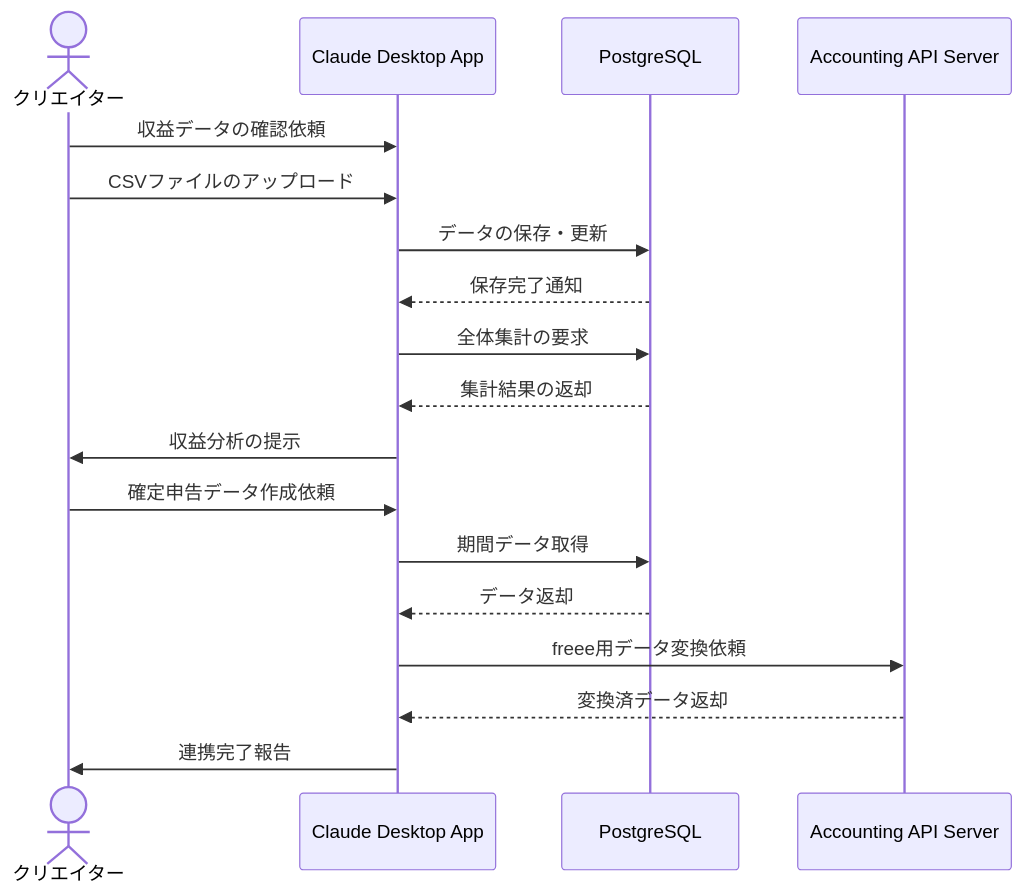
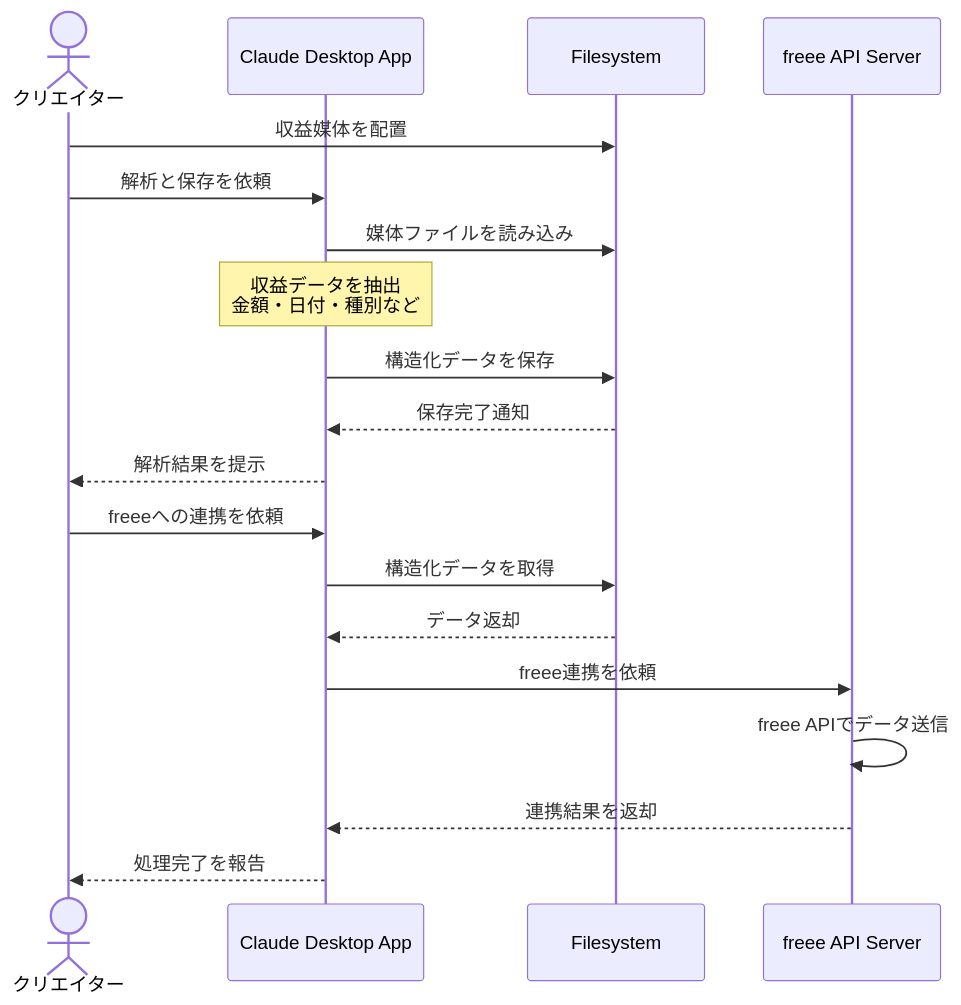
The diagram in docs/05_SNS発信/複数媒体の収益を一元管理する.md (po-shu/mcp-100-ideas), drawn with Mermaid before and after one commit. The commit also changed other lines of this file and 3 other files, not shown here.

````diff
--- a/docs/05_SNS発信/複数媒体の収益を一元管理する.md
+++ b/docs/05_SNS発信/複数媒体の収益を一元管理する.md
@@ -17,23 +17,23 @@
 ```mermaid
 sequenceDiagram
     actor User as クリエイター
     participant Claude as Claude Desktop App
-    participant DB as PostgreSQL
-    participant Account as Accounting API Server
+    participant FS as Filesystem
+    participant Account as freee API Server
     
-    User->>Claude: 収益データの確認依頼
-    User->>Claude: CSVファイルのアップロード
-    Claude->>DB: データの保存・更新
-    DB-->>Claude: 保存完了通知
+    User->>FS: 収益媒体を配置
+    User->>Claude: 解析と保存を依頼
+    Claude->>FS: 媒体ファイルを読み込み
+    Note over Claude: 収益データを抽出<br>金額・日付・種別など
+    Claude->>FS: 構造化データを保存
+    FS-->>Claude: 保存完了通知
+    Claude-->>User: 解析結果を提示
     
-    Claude->>DB: 全体集計の要求
-    DB-->>Claude: 集計結果の返却
-    Claude->>User: 収益分析の提示
-    
-    User->>Claude: 確定申告データ作成依頼
-    Claude->>DB: 期間データ取得
-    DB-->>Claude: データ返却
-    Claude->>Account: freee用データ変換依頼
-    Account-->>Claude: 変換済データ返却
-    Claude->>User: 連携完了報告
+    User->>Claude: freeeへの連携を依頼
+    Claude->>FS: 構造化データを取得
+    FS-->>Claude: データ返却
+    Claude->>Account: freee連携を依頼
+    Account->>Account: freee APIでデータ送信
+    Account-->>Claude: 連携結果を返却
+    Claude-->>User: 処理完了を報告
 ```
````
